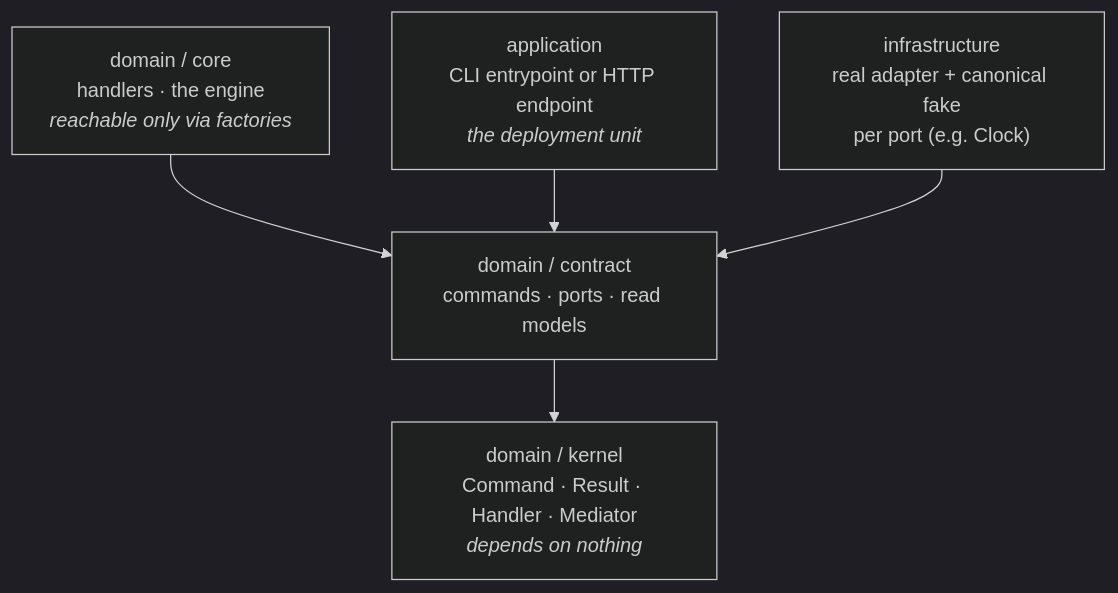
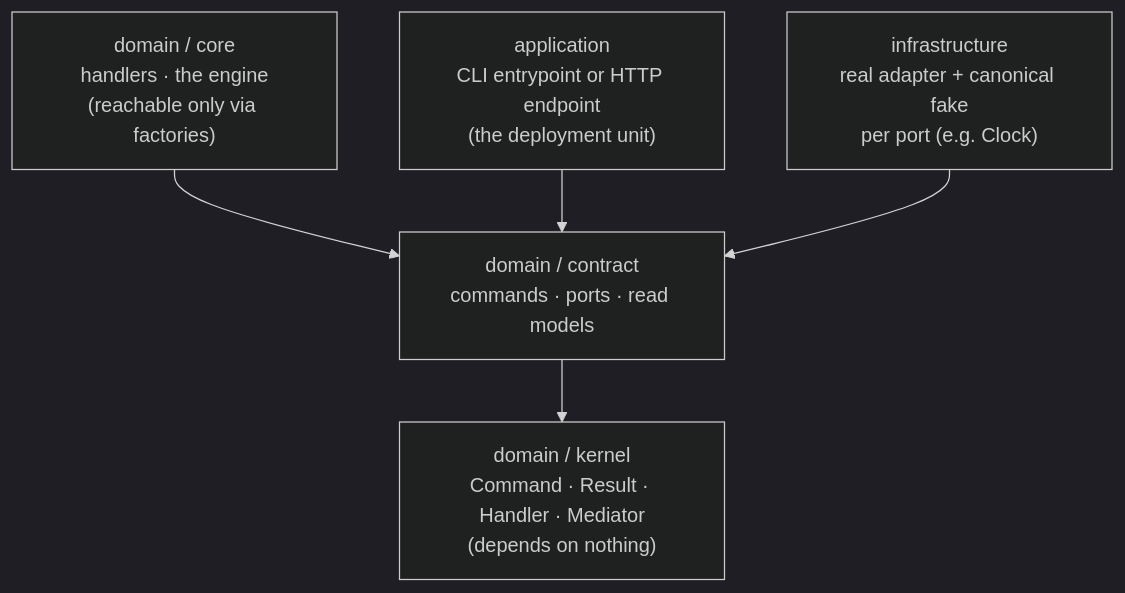
Before and after one commit to rgoussu-dev/Keel: the diagram in docs/stacks/README.md, drawn with Mermaid (dark theme). The commit also changed 1 other file, not shown here.

Commit message:
docs: keep mermaid diagrams inside GitHub's rendering subset
GitHub renders mermaid with strict sanitization: HTML tags other
than <br/> and HTML entities in node labels come out as literal
text, and the bidirectional dotted edge is not portable. Replace
the <i> emphasis in the hexagon anatomy diagram with parentheses,
drop the &lt;vertical&gt; entities from the install-flow diagram,
and pin the OpenAPI-contract edge to one direction (backend owns
the contract, frontend consumes it).

Claude-Session: https://claude.ai/code/session_01Gy9AMxrB7gY8enptjTZg5E

````diff
--- a/docs/stacks/README.md
+++ b/docs/stacks/README.md
@@ -66,12 +66,12 @@
 ```mermaid
 flowchart TD
-  K["domain / kernel<br/>Command · Result · Handler · Mediator<br/><i>depends on nothing</i>"]
+  K["domain / kernel<br/>Command · Result · Handler · Mediator<br/>(depends on nothing)"]
   C["domain / contract<br/>commands · ports · read models"]
-  CO["domain / core<br/>handlers · the engine<br/><i>reachable only via factories</i>"]
-  APP["application<br/>CLI entrypoint or HTTP endpoint<br/><i>the deployment unit</i>"]
+  CO["domain / core<br/>handlers · the engine<br/>(reachable only via factories)"]
+  APP["application<br/>CLI entrypoint or HTTP endpoint<br/>(the deployment unit)"]
   INF["infrastructure<br/>real adapter + canonical fake<br/>per port (e.g. Clock)"]
   C --> K
   CO --> C
   APP --> C
   INF --> C
 ```
````
